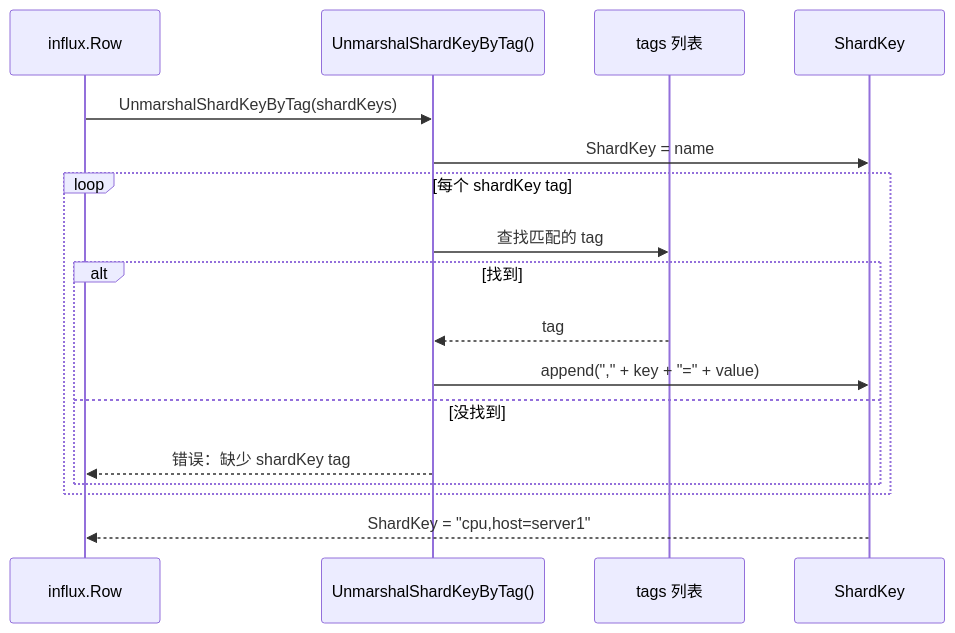
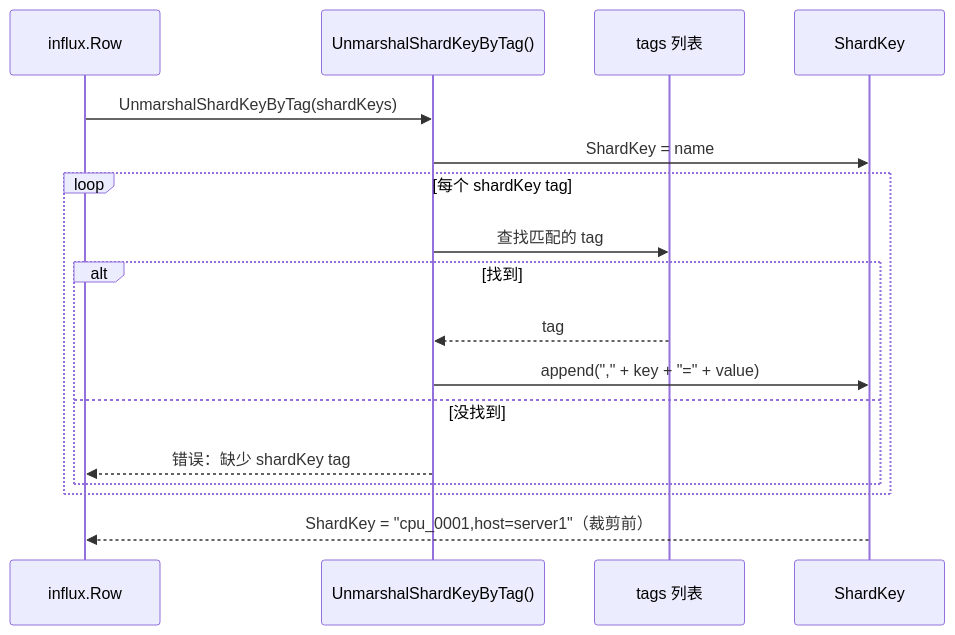
The fourth of 14 diagrams in docs/specs/01_write_engine_spec.md (stefanv5/openGemini), drawn with Mermaid before and after one commit. The commit also changed other lines of this file and 37 other files, not shown here.

````diff
--- a/docs/specs/01_write_engine_spec.md
+++ b/docs/specs/01_write_engine_spec.md
@@ -363,22 +373,22 @@
 ```mermaid
 sequenceDiagram
     participant Row as influx.Row
     participant Unmarshal as UnmarshalShardKeyByTag()
     participant Tags as tags 列表
     participant Key as ShardKey
 
     Row->>Unmarshal: UnmarshalShardKeyByTag(shardKeys)
     Unmarshal->>Key: ShardKey = name
 
     loop 每个 shardKey tag
         Unmarshal->>Tags: 查找匹配的 tag
         alt 找到
             Tags-->>Unmarshal: tag
             Unmarshal->>Key: append("," + key + "=" + value)
         else 没找到
             Unmarshal-->>Row: 错误：缺少 shardKey tag
         end
     end
 
-    Key-->>Row: ShardKey = "cpu,host=server1"
+    Key-->>Row: ShardKey = "cpu_0001,host=server1"（裁剪前）
 ```
````
